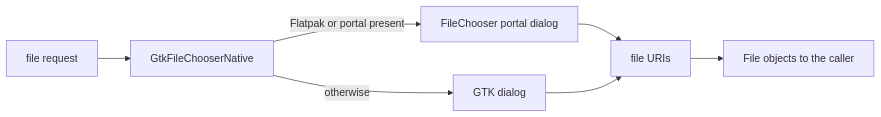
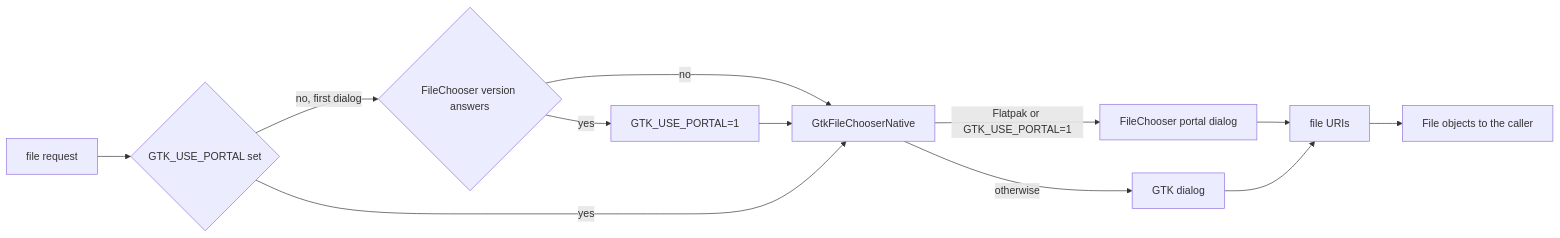
Before and after one commit to simplex-chat/simplex-chat: the fourth of 12 diagrams in plans/2026-11-19-linux-desktop.md, drawn with Mermaid. The commit also changed other lines of this file and 4 other files, not shown here.

Commit message:
desktop: open file dialogs through the portal on Linux when it offers a file chooser

````diff
--- a/plans/2026-11-19-linux-desktop.md
+++ b/plans/2026-11-19-linux-desktop.md
@@ -255,9 +257,14 @@
 ```mermaid
 flowchart LR
-  Req[file request] --> Native[GtkFileChooserNative]
-  Native -->|Flatpak or portal present| Portal[FileChooser portal dialog]
+  Req[file request] --> Set{GTK_USE_PORTAL set}
+  Set -->|no, first dialog| Probe{FileChooser version answers}
+  Probe -->|yes| Env[GTK_USE_PORTAL=1]
+  Probe -->|no| Native
+  Env --> Native
+  Set -->|yes| Native[GtkFileChooserNative]
+  Native -->|Flatpak or GTK_USE_PORTAL=1| Portal[FileChooser portal dialog]
   Native -->|otherwise| GtkDlg[GTK dialog]
   Portal --> Uri[file URIs]
   GtkDlg --> Uri
   Uri --> Files[File objects to the caller]
 ```
````
